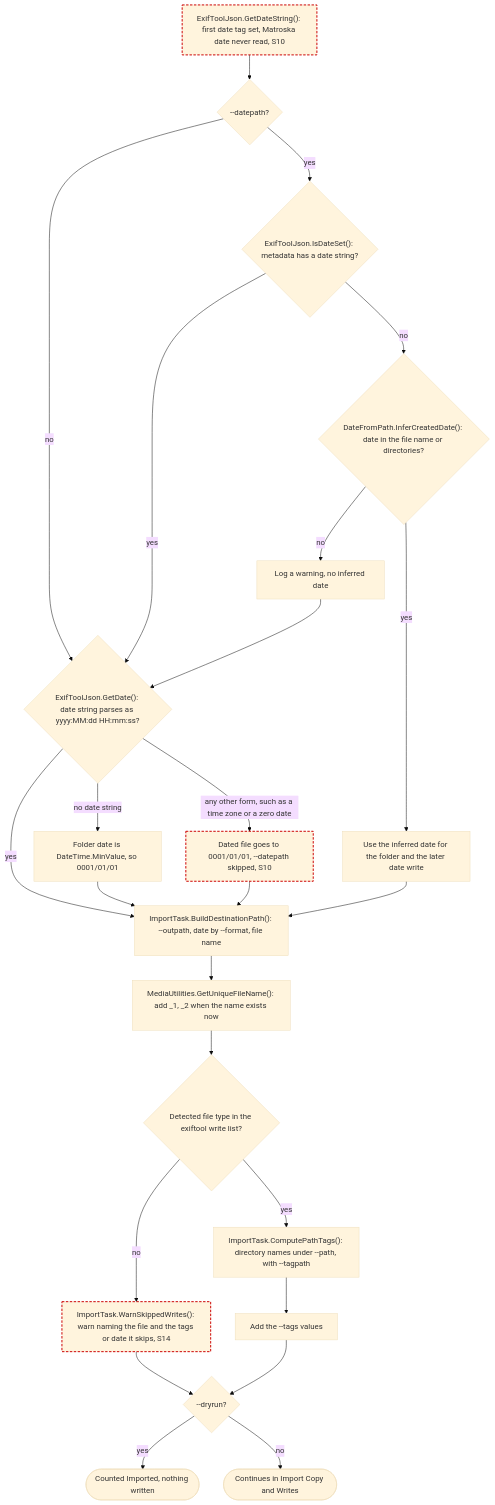
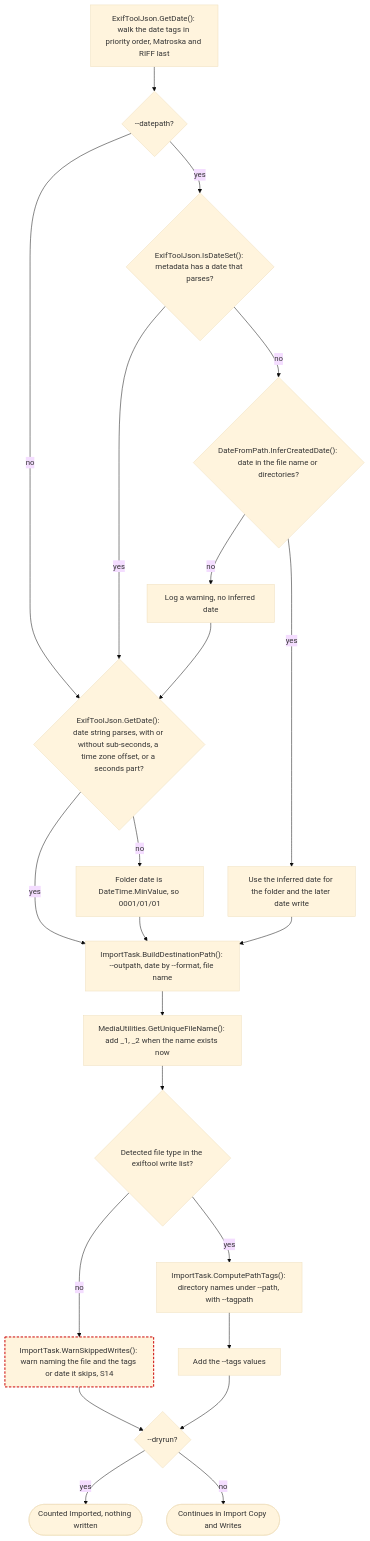
Before and after one commit to ptr727/PhotoCleaner: diagram 12 of 23 in ARCHITECTURE.md, drawn with Mermaid (base theme). The commit also changed other lines of this file and 3 other files, not shown here.

First line of the commit message:
Read a Date With a Time Zone or Sub-Seconds and the Matroska Date (#341)

````diff
--- a/ARCHITECTURE.md
+++ b/ARCHITECTURE.md
@@ -713,28 +713,26 @@
 ```mermaid
 flowchart TD
-  start["ExifToolJson.GetDateString(): first date tag set, Matroska date never read, S10"]:::suspect
+  start["ExifToolJson.GetDate(): walk the date tags in priority order, Matroska and RIFF last"]
   start --> dpQ{"--datepath?"}
   dpQ -->|"no"| getDate
-  dpQ -->|"yes"| setQ{"ExifToolJson.IsDateSet(): metadata has a date string?"}
-  setQ -->|"yes"| getDate{"ExifToolJson.GetDate(): date string parses as yyyy:MM:dd HH:mm:ss?"}
+  dpQ -->|"yes"| setQ{"ExifToolJson.IsDateSet(): metadata has a date that parses?"}
+  setQ -->|"yes"| getDate{"ExifToolJson.GetDate(): date string parses, with or without sub-seconds, a time zone offset, or a seconds part?"}
   setQ -->|"no"| infer{"DateFromPath.InferCreatedDate(): date in the file name or directories?"}
   infer -->|"yes"| inferred["Use the inferred date for the folder and the later date write"]
   infer -->|"no"| inferWarn["Log a warning, no inferred date"]
   inferWarn --> getDate
   getDate -->|"yes"| build
-  getDate -->|"no date string"| minDate["Folder date is DateTime.MinValue, so 0001/01/01"]
-  getDate -->|"any other form, such as a time zone or a zero date"| tzDate["Dated file goes to 0001/01/01, --datepath skipped, S10"]:::suspect
+  getDate -->|"no"| minDate["Folder date is DateTime.MinValue, so 0001/01/01"]
   minDate --> build
-  tzDate --> build
   inferred --> build["ImportTask.BuildDestinationPath(): --outpath, date by --format, file name"]
   build --> unique["MediaUtilities.GetUniqueFileName(): add _1, _2 when the name exists now"]
   unique --> writeQ{"Detected file type in the exiftool write list?"}
   writeQ -->|"no"| dropped["ImportTask.WarnSkippedWrites(): warn naming the file and the tags or date it skips, S14"]:::suspect
   writeQ -->|"yes"| tags["ImportTask.ComputePathTags(): directory names under --path, with --tagpath"]
   tags --> addTags["Add the --tags values"]
   dropped --> dryQ{"--dryrun?"}
   addTags --> dryQ
   dryQ -->|"yes"| dryImported(["Counted Imported, nothing written"])
   dryQ -->|"no"| next(["Continues in Import Copy and Writes"])
   classDef suspect stroke:#c00,stroke-width:2px,stroke-dasharray:5 3
 ```
````
